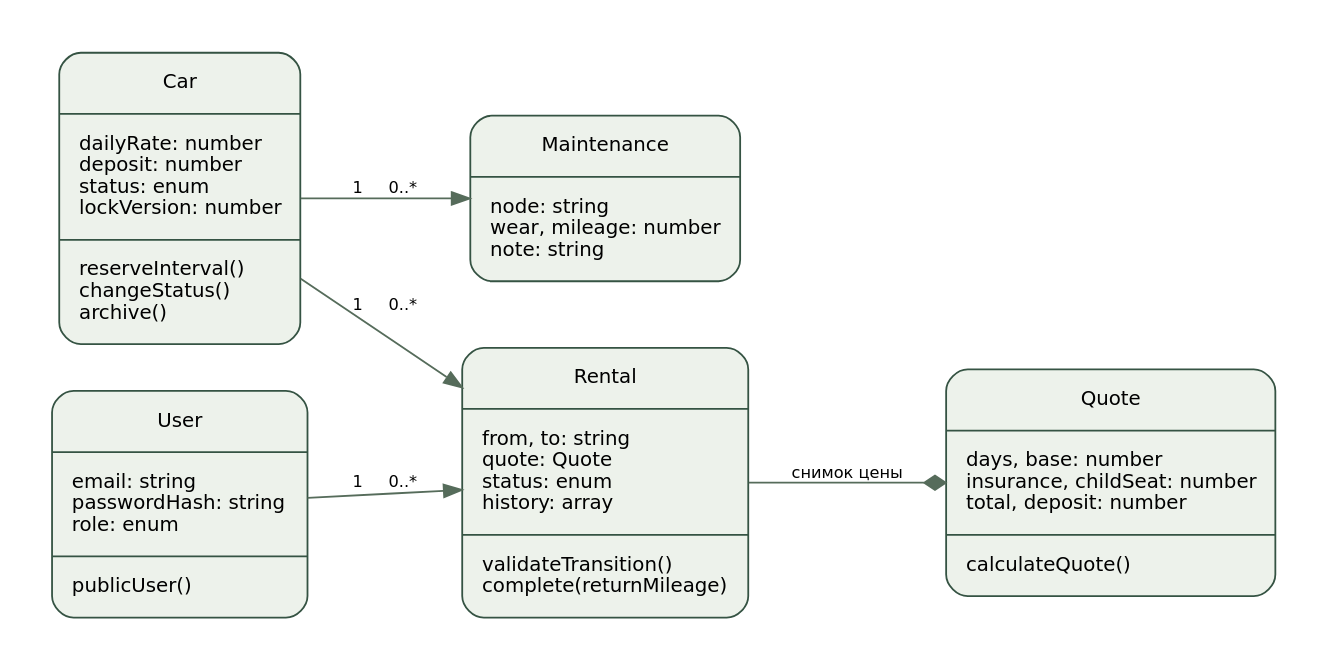
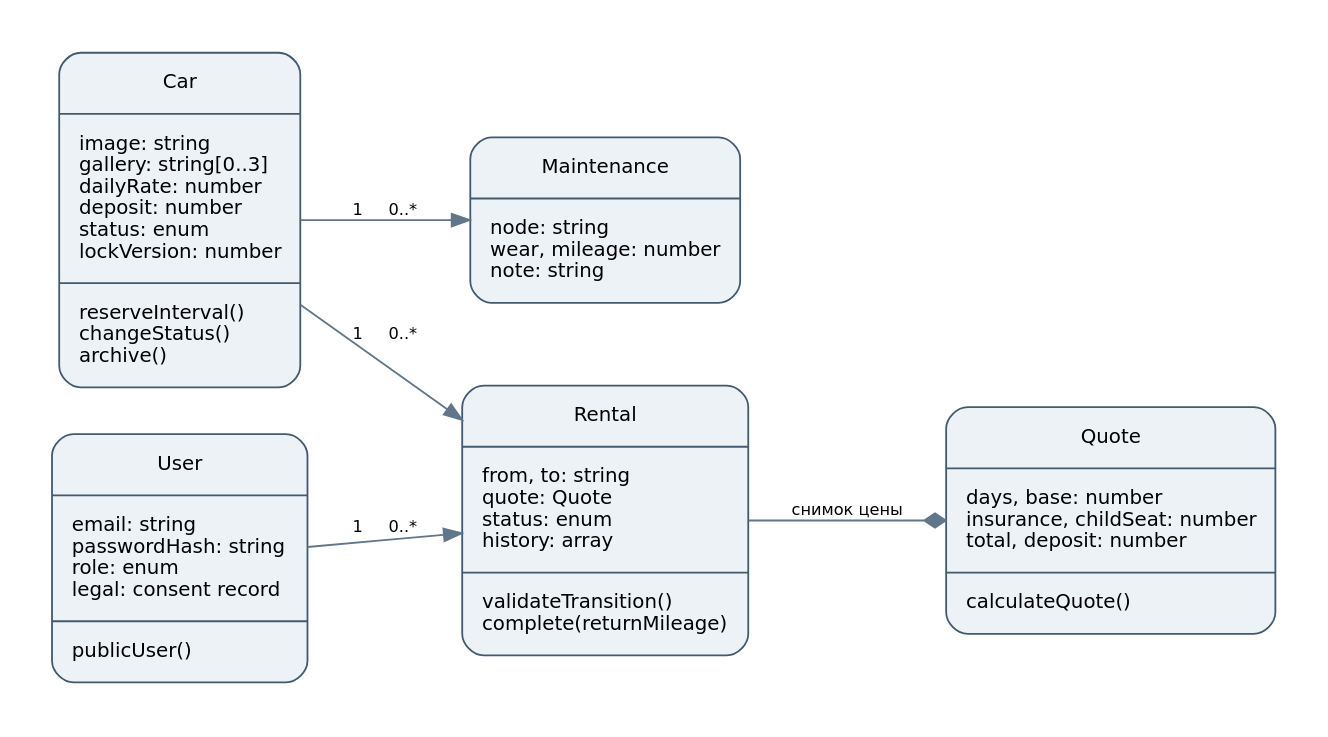
One commit to alexander2007B/cursovaya changed the diagram in docs/diagrams/classes.dot. Above: the diagram before and after it, drawn with Graphviz. The commit also changed 124 other files, not shown here.

```diff
--- a/docs/diagrams/classes.dot
+++ b/docs/diagrams/classes.dot
@@ -1,1 +1,1 @@
-digraph G {graph [fontname="DejaVu Sans",bgcolor="white",pad="0.3",ranksep="0.65",nodesep="0.35"]; node [fontname="DejaVu Sans",fontsize=11,shape=box,style="rounded,filled",fillcolor="#edf2eb",color="#355343",margin="0.15"]; edge [fontname="DejaVu Sans",fontsize=9,color="#566c5b"];rankdir=LR;node[shape=record];Car[label="Car|dailyRate: number\ldeposit: number\lstatus: enum\llockVersion: number\l|reserveInterval()\lchangeStatus()\larchive()\l"];Rental[label="Rental|from, to: string\lquote: Quote\lstatus: enum\lhistory: array\l|validateTransition()\lcomplete(returnMileage)\l"];User[label="User|email: string\lpasswordHash: string\lrole: enum\l|publicUser()\l"];Quote[label="Quote|days, base: number\linsurance, childSeat: number\ltotal, deposit: number\l|calculateQuote()\l"];Maintenance[label="Maintenance|node: string\lwear, mileage: number\lnote: string\l"];User->Rental[label="1     0..*"];Car->Rental[label="1     0..*"];Car->Maintenance[label="1     0..*"];Rental->Quote[arrowhead=diamond,label="снимок цены"];}
+digraph G {graph [fontname="DejaVu Sans",bgcolor="white",pad="0.3",ranksep="0.65",nodesep="0.35"]; node [fontname="DejaVu Sans",fontsize=11,shape=box,style="rounded,filled",fillcolor="#edf2f7",color="#425a70",margin="0.15"]; edge [fontname="DejaVu Sans",fontsize=9,color="#60768a"];rankdir=LR;node[shape=record];Car[label="Car|image: string\lgallery: string[0..3]\ldailyRate: number\ldeposit: number\lstatus: enum\llockVersion: number\l|reserveInterval()\lchangeStatus()\larchive()\l"];Rental[label="Rental|from, to: string\lquote: Quote\lstatus: enum\lhistory: array\l|validateTransition()\lcomplete(returnMileage)\l"];User[label="User|email: string\lpasswordHash: string\lrole: enum\llegal: consent record\l|publicUser()\l"];Quote[label="Quote|days, base: number\linsurance, childSeat: number\ltotal, deposit: number\l|calculateQuote()\l"];Maintenance[label="Maintenance|node: string\lwear, mileage: number\lnote: string\l"];User->Rental[label="1     0..*"];Car->Rental[label="1     0..*"];Car->Maintenance[label="1     0..*"];Rental->Quote[arrowhead=diamond,label="снимок цены"];}
```
